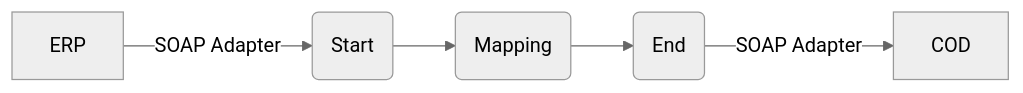
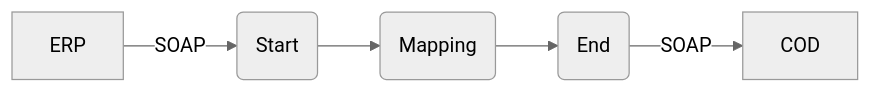
Before and after one commit to Avvale-IA-CICD/AvvaleCPI: the diagram in MMZ - Cell Iflows/Check_Connectivity_from_SAP_Business_Suite_MMZ/1.0.4/readme.md, drawn with Mermaid (neutral theme). The commit also changed other lines of this file, not shown here.

````diff
--- a/MMZ - Cell Iflows/Check_Connectivity_from_SAP_Business_Suite_MMZ/1.0.4/readme.md
+++ b/MMZ - Cell Iflows/Check_Connectivity_from_SAP_Business_Suite_MMZ/1.0.4/readme.md
@@ -4,7 +4,7 @@
 ```mermaid
 graph LR
-    ERP[ERP] -->|SOAP Adapter| StartEvent(Start)
+    ERP[ERP] -->|SOAP| StartEvent(Start)
     StartEvent --> Mapping(Mapping)
     Mapping --> EndEvent(End)
-    EndEvent -->|SOAP Adapter| COD[COD]
+    EndEvent -->|SOAP| COD[COD]
 ```
````
